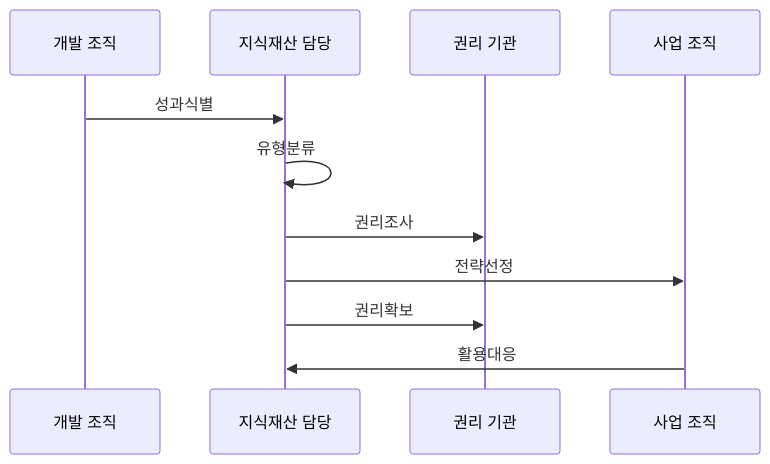
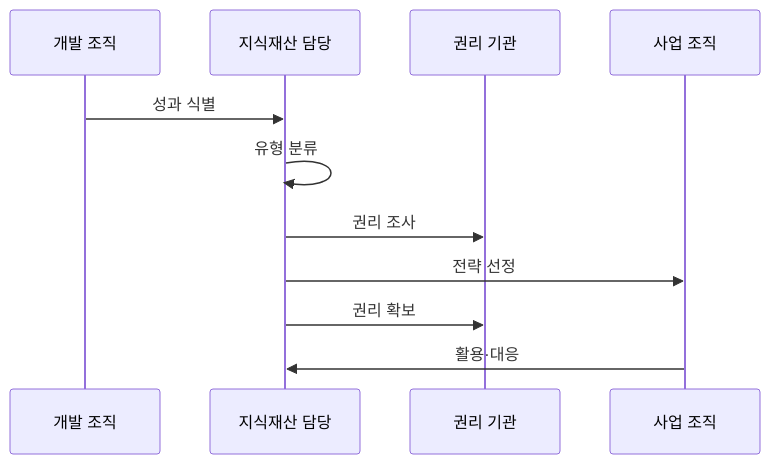
Before and after one commit to agnusdei1207/knowledge-base: the second of 2 diagrams in src/content/docs/notes/07-law-policy/040_intellectual_property_rights.md, drawn with Mermaid. The commit also changed other lines of this file and 7 other files, not shown here.

````diff
--- a/src/content/docs/notes/07-law-policy/040_intellectual_property_rights.md
+++ b/src/content/docs/notes/07-law-policy/040_intellectual_property_rights.md
@@ -70,13 +73,13 @@
 ```mermaid
 sequenceDiagram
     participant D as 개발 조직
     participant I as 지식재산 담당
     participant R as 권리 기관
     participant B as 사업 조직
-    D->>I: 성과식별
-    I->>I: 유형분류
-    I->>R: 권리조사
-    I->>B: 전략선정
-    I->>R: 권리확보
-    B->>I: 활용대응
+    D->>I: 성과 식별
+    I->>I: 유형 분류
+    I->>R: 권리 조사
+    I->>B: 전략 선정
+    I->>R: 권리 확보
+    B->>I: 활용·대응
 ```
````
